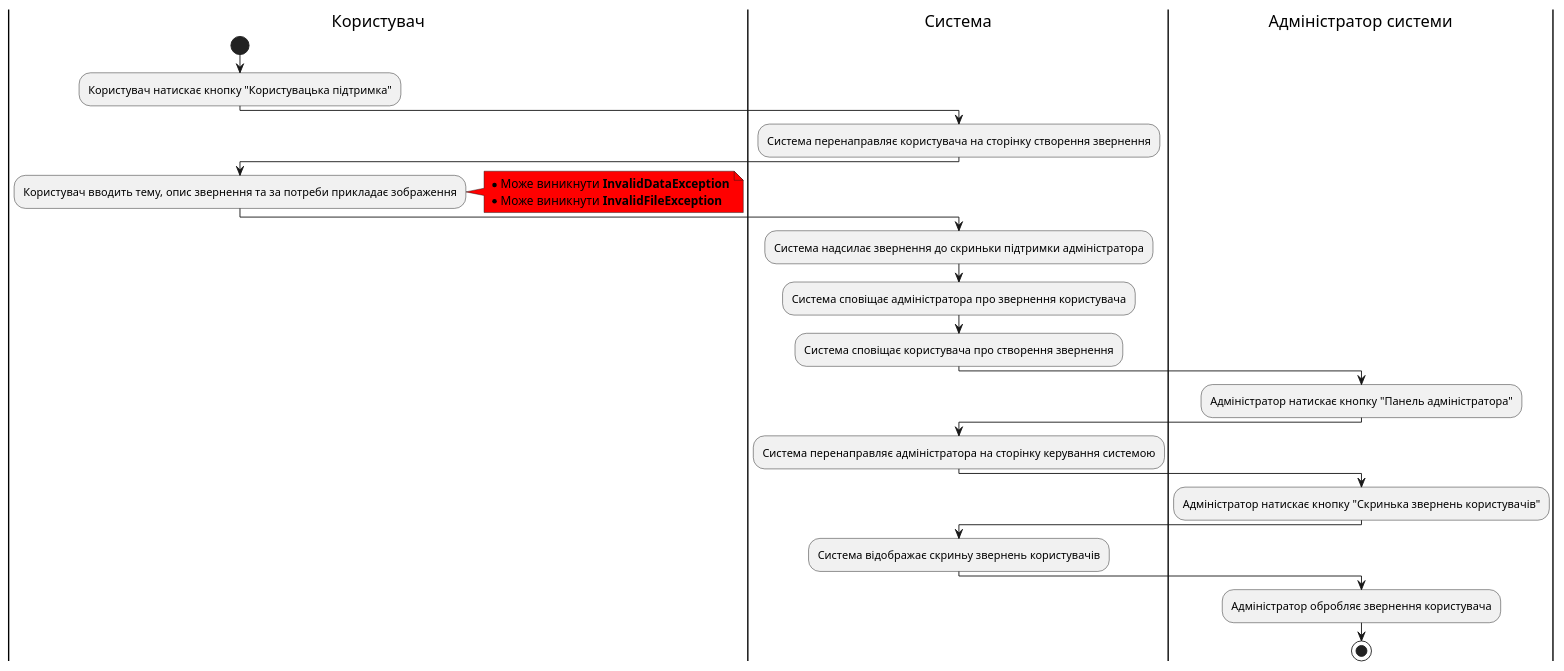
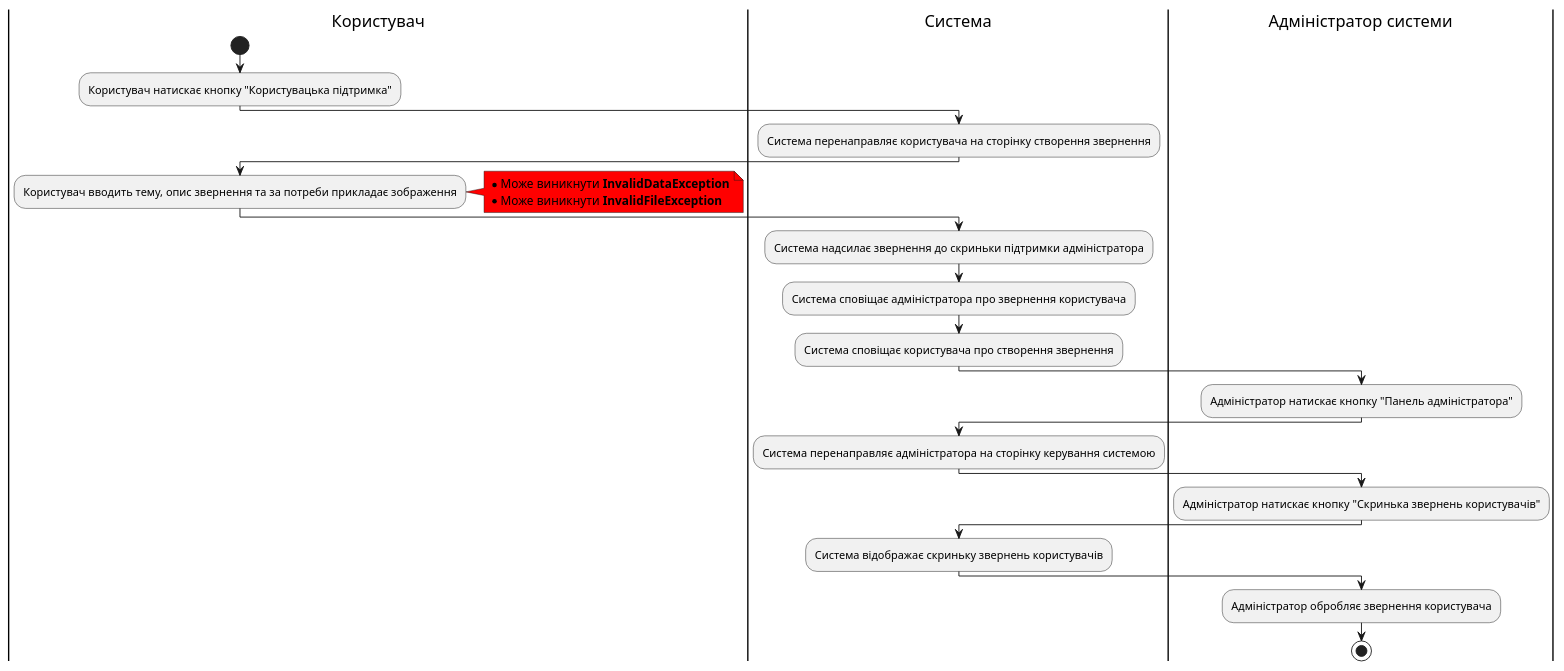
One commit to samoilenkomariia/db-coursework changed the sixth of 6 diagrams in docs/use cases/README.md. Above: the diagram before and after it, drawn with PlantUML.

```diff
--- a/docs/use cases/README.md
+++ b/docs/use cases/README.md
@@ -311,28 +311,28 @@
 @startuml
 |Користувач|
 start
 :Користувач натискає кнопку "Користувацька підтримка";
 |Система|
 :Система перенаправляє користувача на сторінку створення звернення;
 |Користувач|
 :Користувач вводить тему, опис звернення та за потреби прикладає зображення;
 note right #red
     * Може виникнути <b>InvalidDataException</b>
     * Може виникнути <b>InvalidFileException</b>
 end note
 |Система|
 :Система надсилає звернення до скриньки підтримки адміністратора;
 :Система сповіщає адміністратора про звернення користувача;
 :Система сповіщає користувача про створення звернення;
 |Адміністратор системи|
 :Адміністратор натискає кнопку "Панель адміністратора";
 |Система|
 :Система перенаправляє адміністратора на сторінку керування системою;
 |Адміністратор системи|
 :Адміністратор натискає кнопку "Скринька звернень користувачів";
 |Система|
-:Система відображає скриньу звернень користувачів;
+:Система відображає скриньку звернень користувачів;
 |Адміністратор системи|
 :Адміністратор обробляє звернення користувача;
 stop
 @enduml
```
